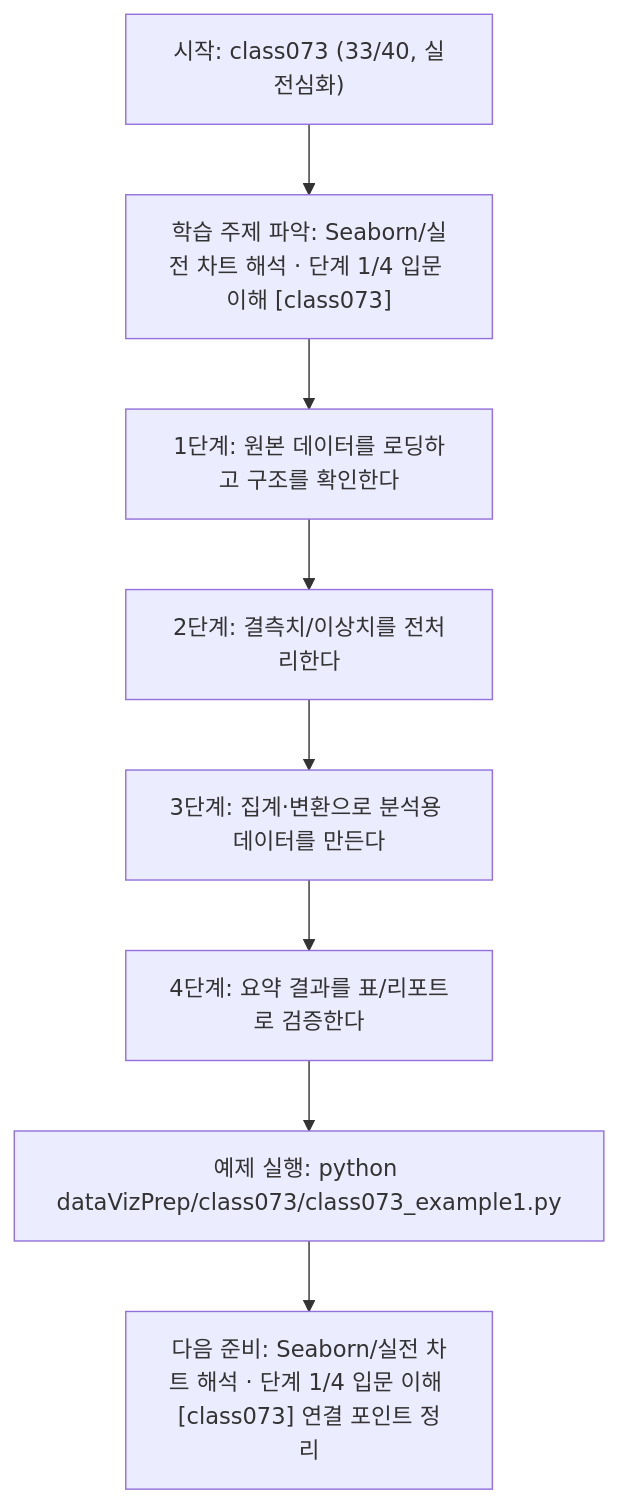
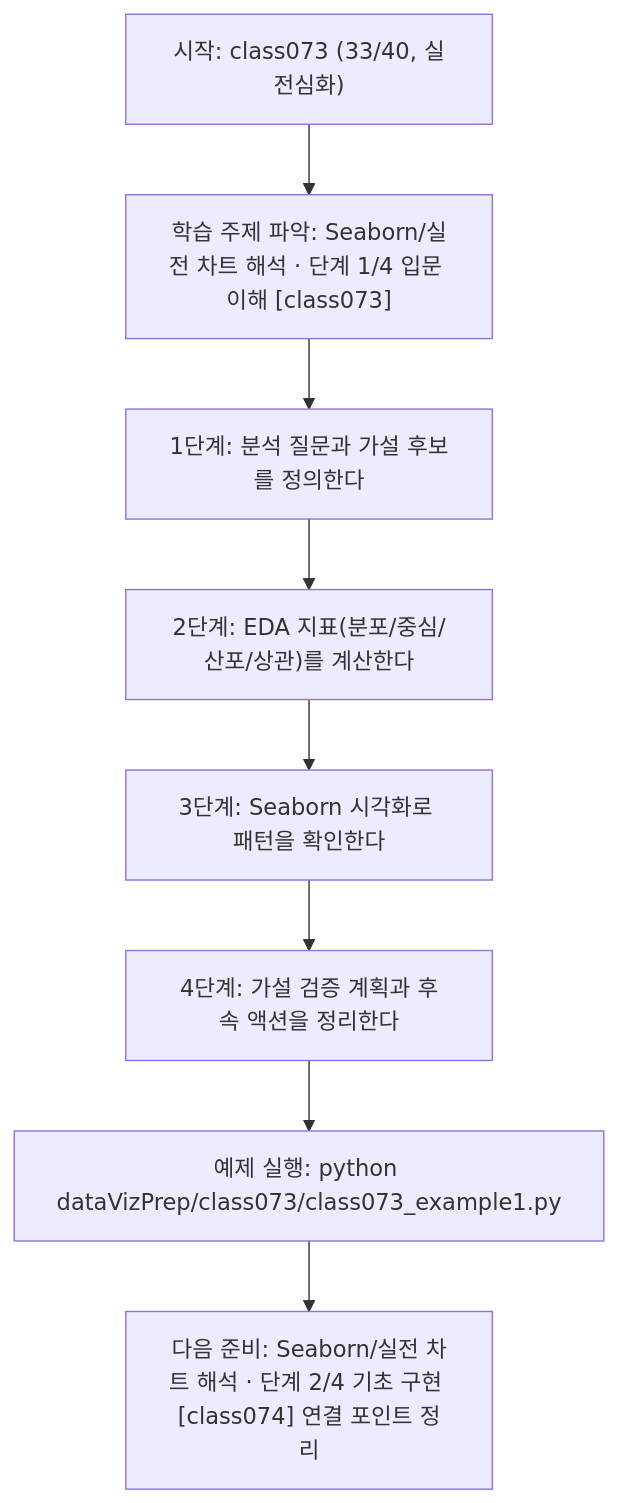
The diagram in dataVizPrep/class073/class073.md (edumgt/Python-AI_Agent-Class), drawn with Mermaid before and after one commit. The commit also changed other lines of this file and 283 other files, not shown here.

````diff
--- a/dataVizPrep/class073/class073.md
+++ b/dataVizPrep/class073/class073.md
@@ -112,18 +92,18 @@
 ```mermaid
 flowchart TD
 N1["시작: class073 (33/40, 실전심화)"]
 N2["학습 주제 파악: Seaborn/실전 차트 해석 · 단계 1/4 입문 이해 [class073]"]
-N3["1단계: 원본 데이터를 로딩하고 구조를 확인한다"]
-N4["2단계: 결측치/이상치를 전처리한다"]
-N5["3단계: 집계·변환으로 분석용 데이터를 만든다"]
-N6["4단계: 요약 결과를 표/리포트로 검증한다"]
+N3["1단계: 분석 질문과 가설 후보를 정의한다"]
+N4["2단계: EDA 지표(분포/중심/산포/상관)를 계산한다"]
+N5["3단계: Seaborn 시각화로 패턴을 확인한다"]
+N6["4단계: 가설 검증 계획과 후속 액션을 정리한다"]
 N7["예제 실행: python dataVizPrep/class073/class073_example1.py"]
-N8["다음 준비: Seaborn/실전 차트 해석 · 단계 1/4 입문 이해 [class073] 연결 포인트 정리"]
+N8["다음 준비: Seaborn/실전 차트 해석 · 단계 2/4 기초 구현 [class074] 연결 포인트 정리"]
 N1 --> N2
 N2 --> N3
 N3 --> N4
 N4 --> N5
 N5 --> N6
 N6 --> N7
 N7 --> N8
 ```
````
